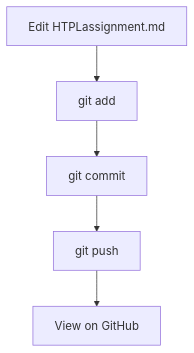
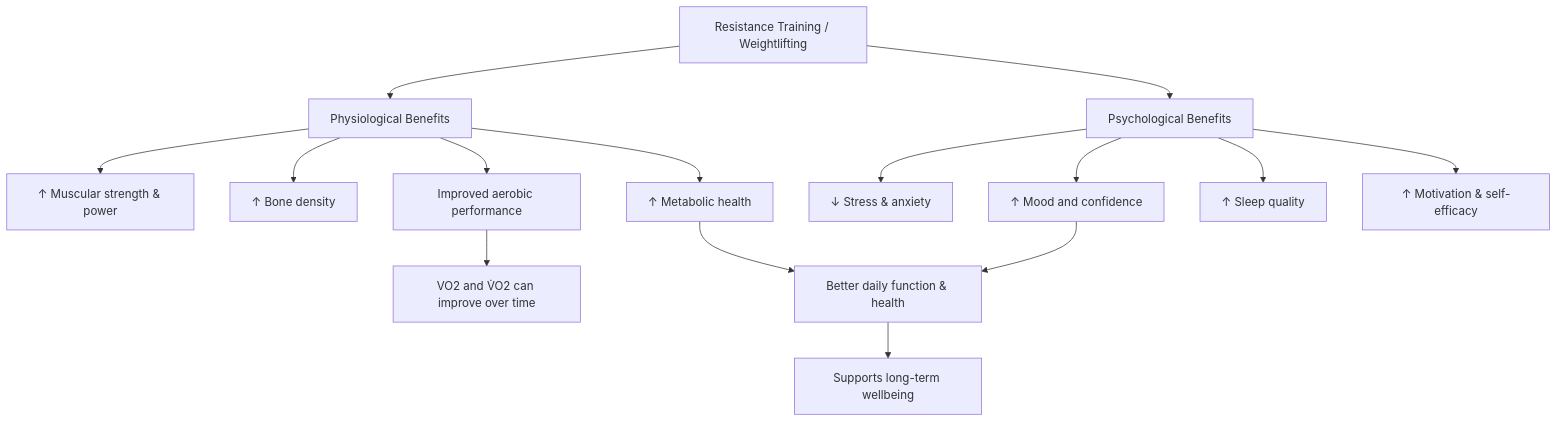
Before and after one commit to G-Sodano/KNES381: the diagram in HTPLassignment.md, drawn with Mermaid. The commit also changed other lines of this file, not shown here.

Commit message:
making it readable

````diff
--- a/HTPLassignment.md
+++ b/HTPLassignment.md
@@ -36,7 +27,20 @@
 ```mermaid
 flowchart TD
-    A[Edit HTPLassignment.md] --> B[git add]
-    B --> C[git commit]
-    C --> D[git push]
-    D --> E[View on GitHub]
+    A[Resistance Training / Weightlifting] --> B[Physiological Benefits]
+    A --> C[Psychological Benefits]
+
+    B --> B1[↑ Muscular strength & power]
+    B --> B2[↑ Bone density]
+    B --> B3[↑ Metabolic health]
+    B --> B4[Improved aerobic performance]
+    B4 --> B5[VO2 and V̇O2 can improve over time]
+
+    C --> C1[↓ Stress & anxiety]
+    C --> C2[↑ Mood and confidence]
+    C --> C3[↑ Sleep quality]
+    C --> C4[↑ Motivation & self-efficacy]
+
+    B3 --> D[Better daily function & health]
+    C2 --> D
+    D --> E[Supports long-term wellbeing]
 ```
````
